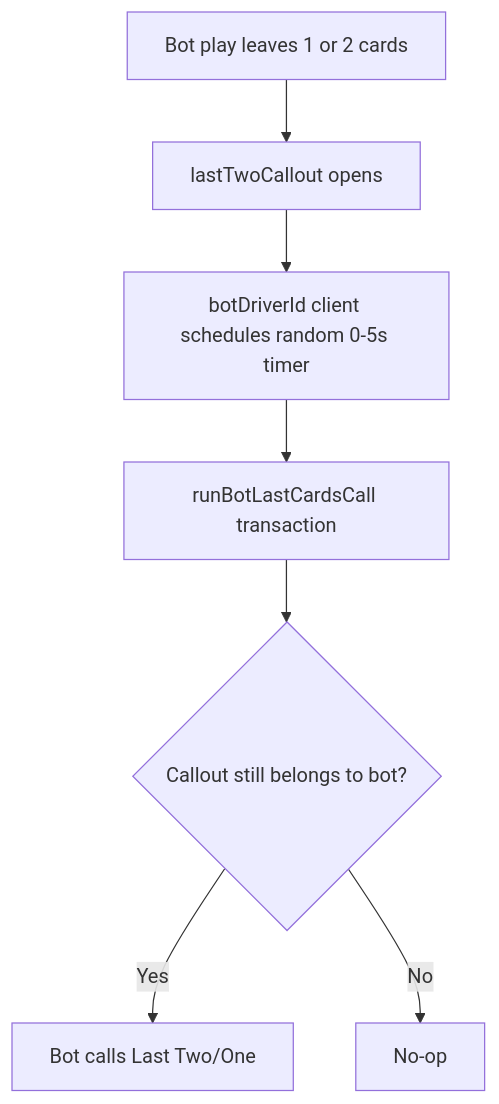
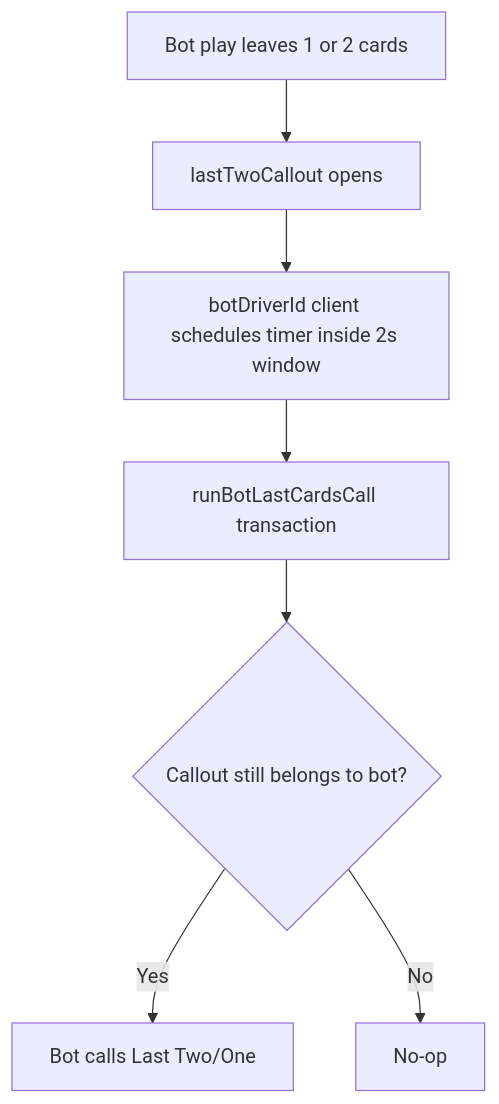
One commit to Sourav9063/watchtogether changed the fifth of 6 diagrams in src/app/big-two/README.md. Above: the diagram before and after it, drawn with Mermaid. The commit also changed other lines of this file and 3 other files, not shown here.

````diff
--- a/src/app/big-two/README.md
+++ b/src/app/big-two/README.md
@@ -297,9 +305,9 @@
 ```mermaid
 flowchart TD
   A[Bot play leaves 1 or 2 cards] --> B[lastTwoCallout opens]
-  B --> C[botDriverId client schedules random 0-5s timer]
+  B --> C[botDriverId client schedules timer inside 2s window]
   C --> D[runBotLastCardsCall transaction]
   D --> E{Callout still belongs to bot?}
   E -- Yes --> F[Bot calls Last Two/One]
   E -- No --> G[No-op]
 ```
````
